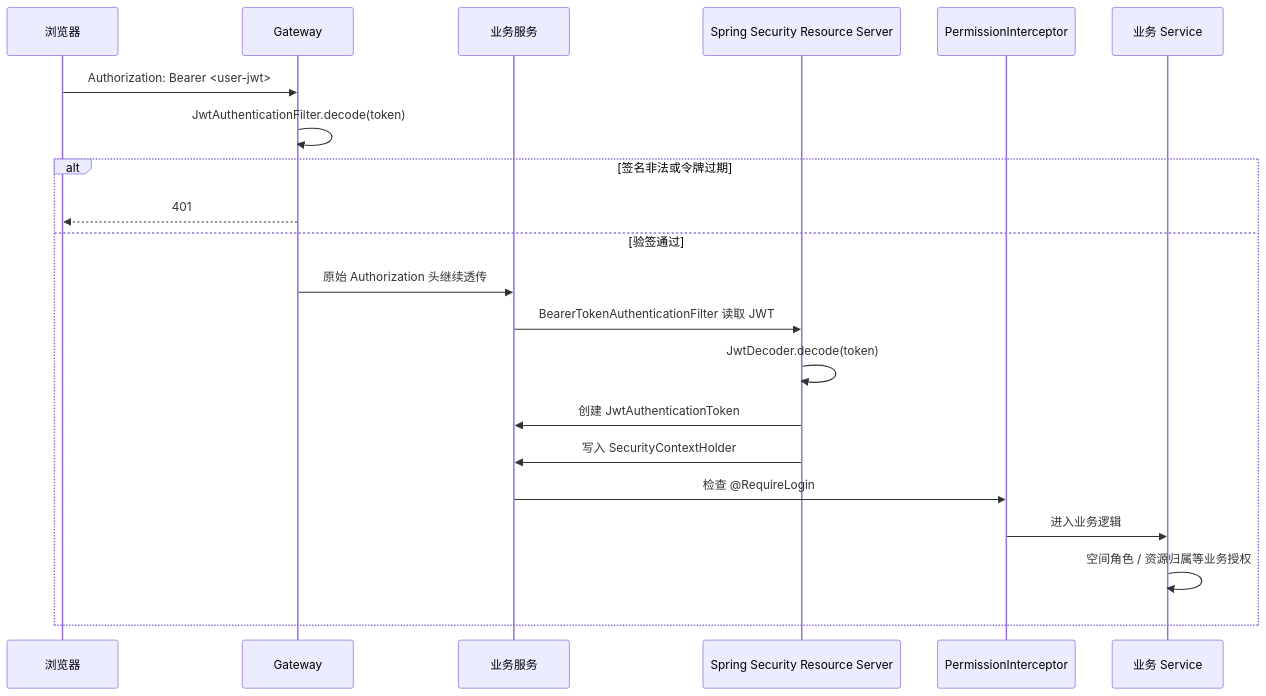
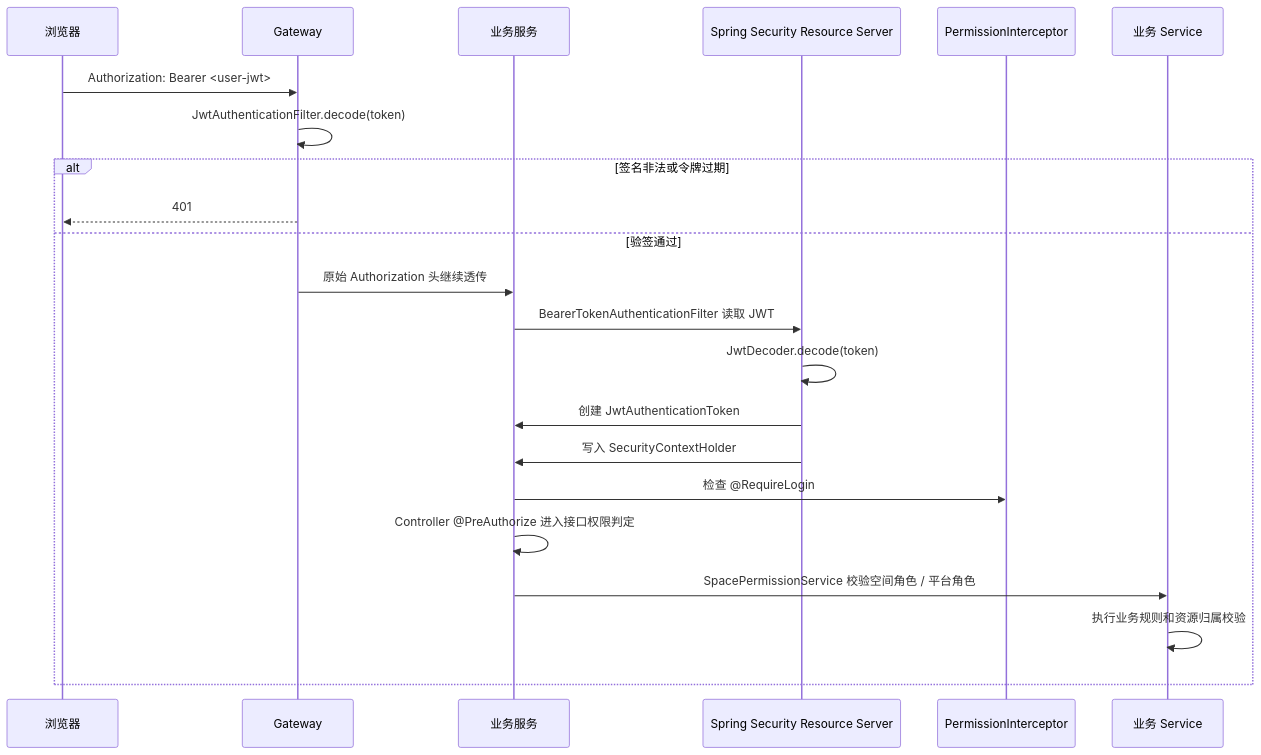
One commit to xiaowu0203/Agent-Doc-Workbench changed the third of 7 diagrams in docs/auth-signature-verification-flow.md. Above: the diagram before and after it, drawn with Mermaid. The commit also changed other lines of this file and 7 other files, not shown here.

````diff
--- a/docs/auth-signature-verification-flow.md
+++ b/docs/auth-signature-verification-flow.md
@@ -89,24 +90,25 @@
 ```mermaid
 sequenceDiagram
     participant U as 浏览器
     participant G as Gateway
     participant S as 业务服务
     participant RS as Spring Security Resource Server
     participant P as PermissionInterceptor
     participant B as 业务 Service
 
     U->>G: Authorization: Bearer <user-jwt>
     G->>G: JwtAuthenticationFilter.decode(token)
     alt 签名非法或令牌过期
         G-->>U: 401
     else 验签通过
         G->>S: 原始 Authorization 头继续透传
         S->>RS: BearerTokenAuthenticationFilter 读取 JWT
         RS->>RS: JwtDecoder.decode(token)
         RS->>S: 创建 JwtAuthenticationToken
         RS->>S: 写入 SecurityContextHolder
         S->>P: 检查 @RequireLogin
-        P->>B: 进入业务逻辑
-        B->>B: 空间角色 / 资源归属等业务授权
+        S->>S: Controller @PreAuthorize 进入接口权限判定
+        S->>B: SpacePermissionService 校验空间角色 / 平台角色
+        B->>B: 执行业务规则和资源归属校验
     end
 ```
````
